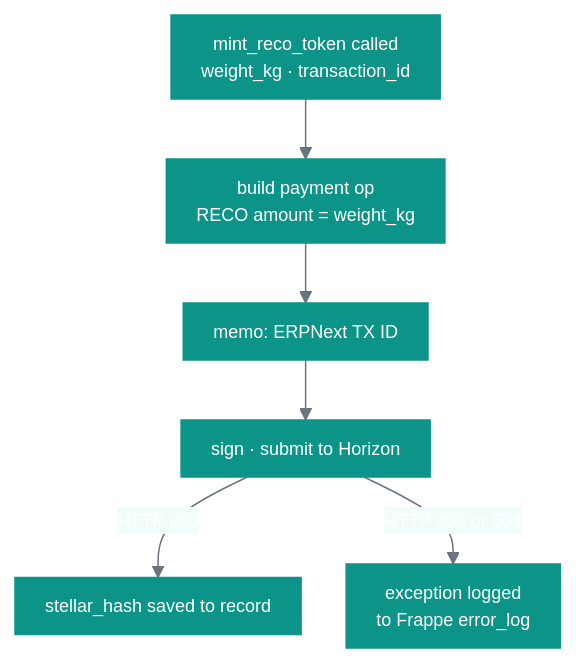
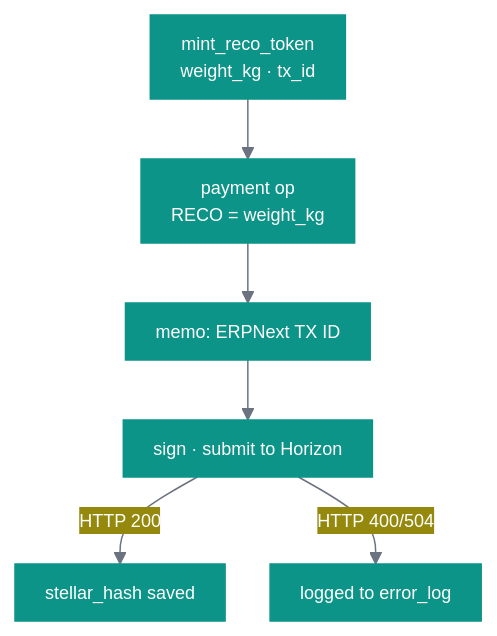
Before and after one commit to Matxchange/matXchange: the third of 5 diagrams in README.md, drawn with Mermaid. The commit also changed other lines of this file, not shown here.

Commit message:
Update README with flowchart and Stellar integration changes

````diff
--- a/README.md
+++ b/README.md
@@ -76,9 +78,9 @@
 ```mermaid
-%%{init: {"theme": "base", "themeVariables": {"primaryColor": "#0D9488", "primaryTextColor": "#ffffff", "primaryBorderColor": "#0D9488", "lineColor": "#6B7280", "edgeLabelBackground": "#F0FDFA", "fontFamily": "ui-monospace, monospace", "fontSize": "12px"}, "flowchart": {"curve": "basis", "nodeSpacing": 30, "rankSpacing": 40, "padding": 10}}}%%
+%%{init: {"theme": "base", "themeVariables": {"primaryColor": "#0D9488", "primaryTextColor": "#ffffff", "primaryBorderColor": "#0D9488", "lineColor": "#6B7280", "fontFamily": "ui-monospace, monospace", "fontSize": "12px"}, "flowchart": {"curve": "basis", "nodeSpacing": 30, "rankSpacing": 40, "padding": 10}}}%%
 flowchart TD
-    A[mint_reco_token called\nweight_kg · transaction_id] --> B[build payment op\nRECO amount = weight_kg]
+    A[mint_reco_token\nweight_kg · tx_id] --> B[payment op\nRECO = weight_kg]
     B --> C[memo: ERPNext TX ID]
     C --> D[sign · submit to Horizon]
-    D -->|HTTP 200| E[stellar_hash saved to record]
-    D -->|HTTP 400 or 504| F[exception logged\nto Frappe error_log]
+    D -->|HTTP 200| E[stellar_hash saved]
+    D -->|HTTP 400/504| F[logged to error_log]
 ```
````
